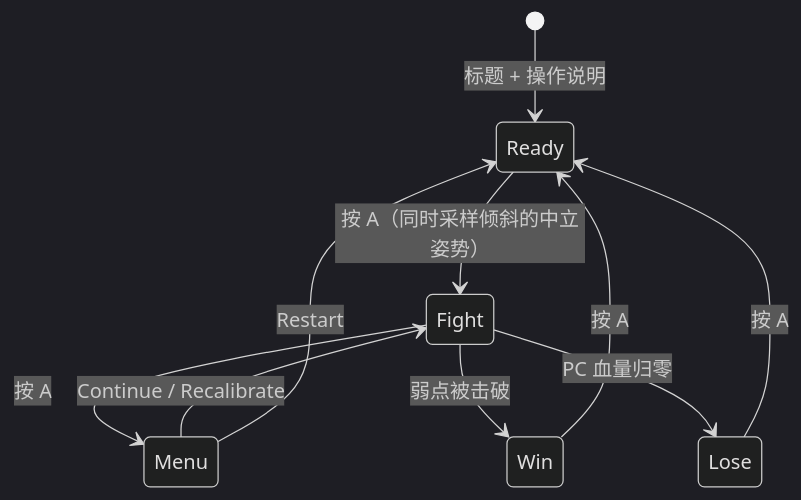
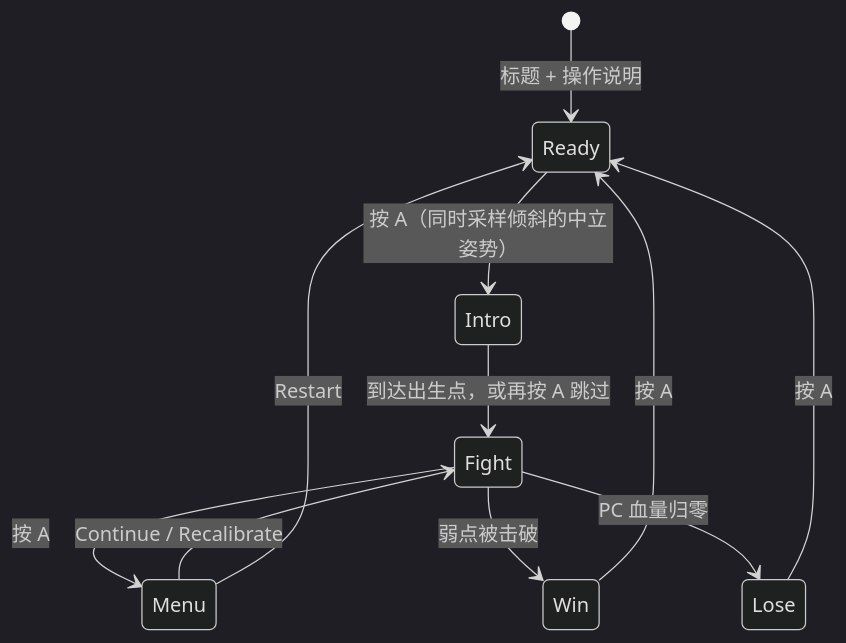
The diagram in arcade/docs/plan.md (NU-Hachimi/uno-q-hackout), drawn with Mermaid (dark theme) before and after one commit. The commit also changed other lines of this file and 28 other files, not shown here.

````diff
--- a/arcade/docs/plan.md
+++ b/arcade/docs/plan.md
@@ -11,12 +11,13 @@
 ```mermaid
 stateDiagram-v2
     [*] --> Ready: 标题 + 操作说明
-    Ready --> Fight: 按 A（同时采样倾斜的中立姿势）
+    Ready --> Intro: 按 A（同时采样倾斜的中立姿势）
+    Intro --> Fight: 到达出生点，或再按 A 跳过
     Fight --> Menu: 按 A
     Menu --> Fight: Continue / Recalibrate
     Menu --> Ready: Restart
     Fight --> Win: 弱点被击破
     Fight --> Lose: PC 血量归零
     Win --> Ready: 按 A
     Lose --> Ready: 按 A
 ```
````
